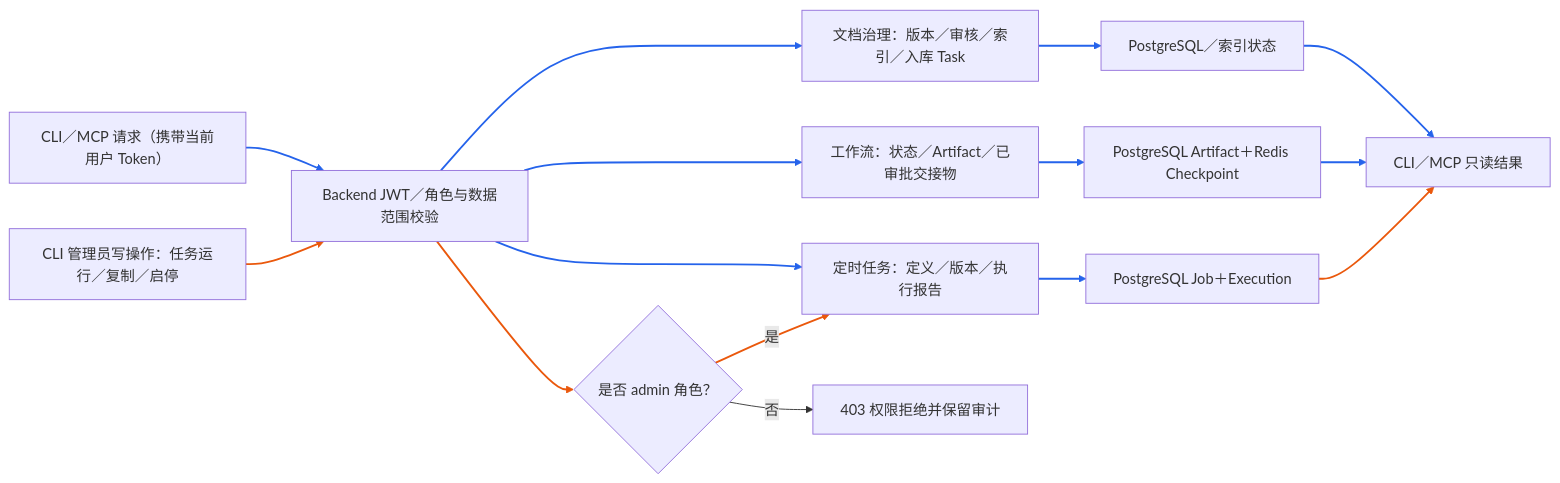
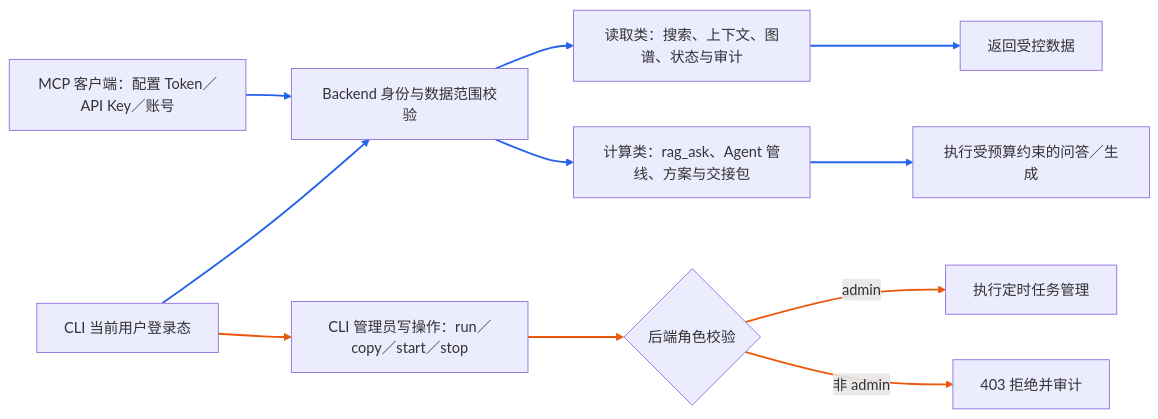
Before and after one commit to monstereatai/RAG: diagram 26 of 29 in docs/interview/功能步骤流程.md, drawn with Mermaid. The commit also changed other lines of this file and 37 other files, not shown here.

````diff
--- a/docs/interview/功能步骤流程.md
+++ b/docs/interview/功能步骤流程.md
@@ -1014,19 +1145,15 @@
 ```mermaid
 flowchart LR
-  A[CLI／MCP 请求（携带当前用户 Token）] --> B[Backend JWT／角色与数据范围校验]
-  B --> C[文档治理：版本／审核／索引／入库 Task]
-  B --> D[工作流：状态／Artifact／已审批交接物]
-  B --> E[定时任务：定义／版本／执行报告]
-  C --> F[PostgreSQL／索引状态]
-  D --> G[PostgreSQL Artifact＋Redis Checkpoint]
-  E --> H[PostgreSQL Job＋Execution]
-  F --> I[CLI／MCP 只读结果]
-  G --> I
-  H --> I
-  J[CLI 管理员写操作：任务运行／复制／启停] --> B
-  B --> K{是否 admin 角色？}
-  K -->|是| E
-  K -->|否| L[403 权限拒绝并保留审计]
-  linkStyle 0,1,2,3,4,5,6,7,8 stroke:#2563eb,stroke-width:2px
-  linkStyle 9,10,11,12 stroke:#ea580c,stroke-width:2px
+  A[MCP 客户端：配置 Token／API Key／账号] --> B[Backend 身份与数据范围校验]
+  B --> C[读取类：搜索、上下文、图谱、状态与审计]
+  B --> D[计算类：rag_ask、Agent 管线、方案与交接包]
+  C --> E[返回受控数据]
+  D --> F[执行受预算约束的问答／生成]
+  G[CLI 当前用户登录态] --> B
+  G --> H[CLI 管理员写操作：run／copy／start／stop]
+  H --> I{后端角色校验}
+  I -->|admin| J[执行定时任务管理]
+  I -->|非 admin| K[403 拒绝并审计]
+  linkStyle 0,1,2,3,4,5 stroke:#2563eb,stroke-width:2px
+  linkStyle 6,7,8,9 stroke:#ea580c,stroke-width:2px
 ```
````
